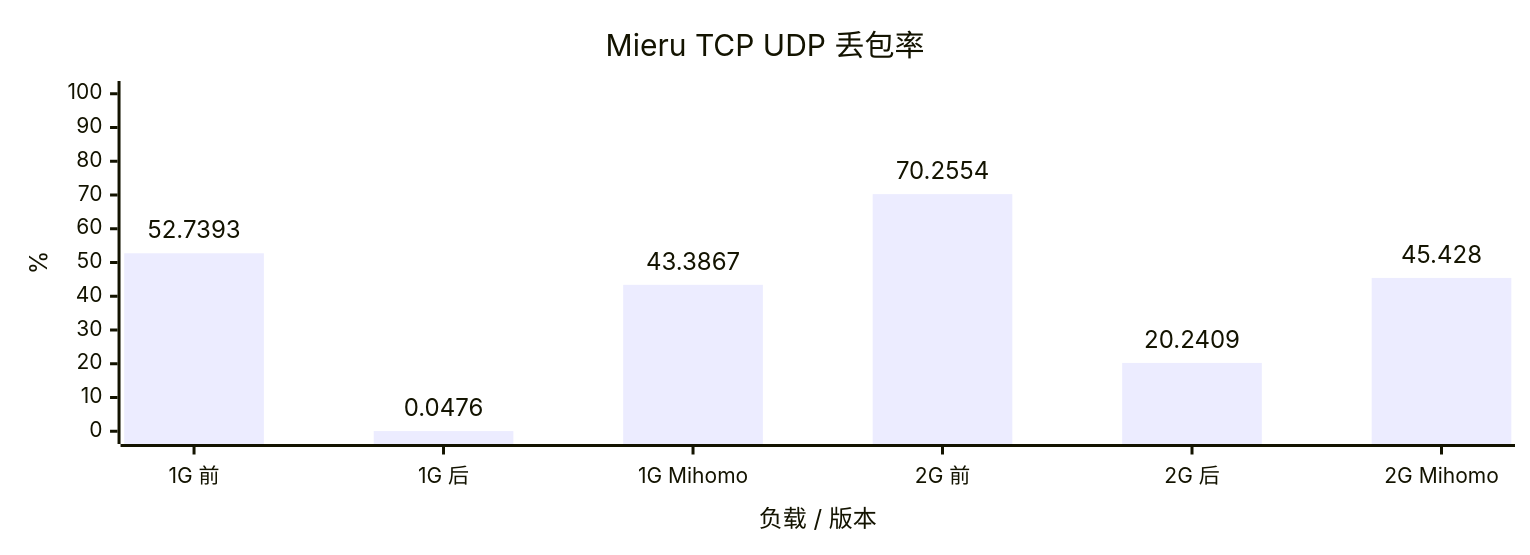
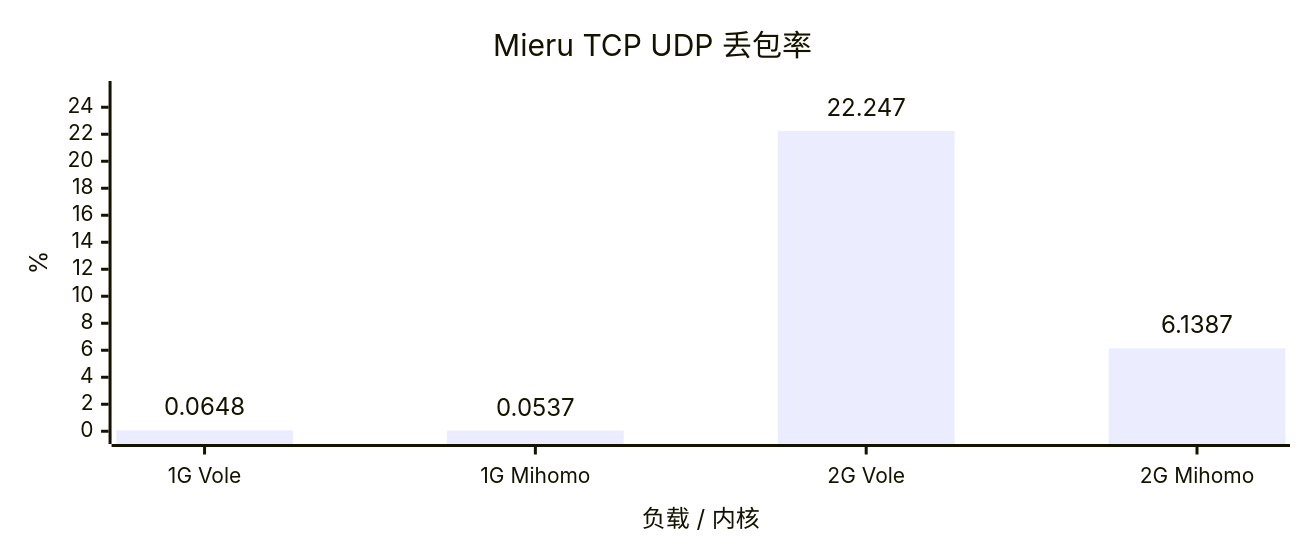
The fourth of 8 diagrams in docs/benchmark.md (YuanDevTeam/Vole), drawn with Mermaid before and after one commit. The commit also changed other lines of this file, not shown here.

````diff
--- a/docs/benchmark.md
+++ b/docs/benchmark.md
@@ -69,15 +69,15 @@
 ```mermaid
 ---
 config:
   xyChart:
-    width: 1000
+    width: 850
     height: 350
     showDataLabel: true
     showDataLabelOutsideBar: true
 ---
 xychart
     title "Mieru TCP UDP 丢包率"
-    x-axis "负载 / 版本" ["1G 前", "1G 后", "1G Mihomo", "2G 前", "2G 后", "2G Mihomo"]
-    y-axis "%" 0 --> 100
-    bar [52.7393, 0.0476, 43.3867, 70.2554, 20.2409, 45.4280]
+    x-axis "负载 / 内核" ["1G Vole", "1G Mihomo", "2G Vole", "2G Mihomo"]
+    y-axis "%" 0 --> 25
+    bar [0.0648, 0.0537, 22.2470, 6.1387]
 ```
````
